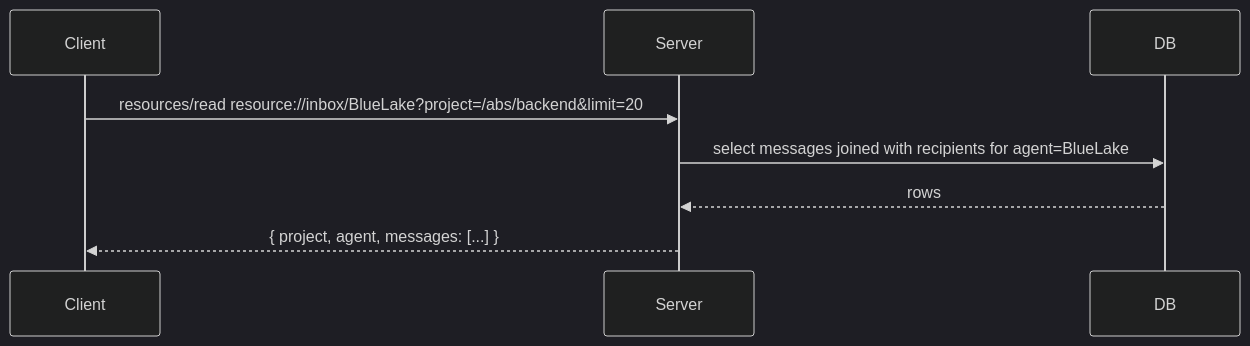
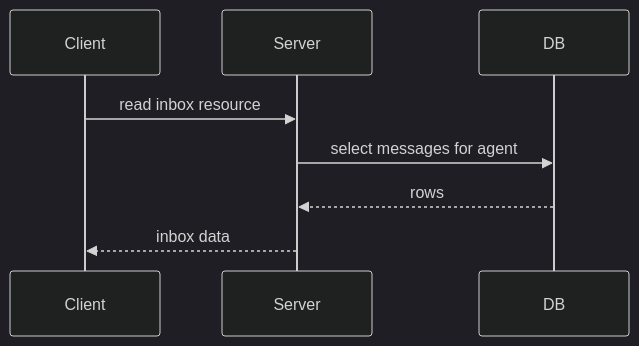
Before and after one commit to Dicklesworthstone/mcp_agent_mail: the fourth of 4 diagrams in README.md, drawn with Mermaid (dark theme). The commit also changed other lines of this file, not shown here.

First line of the commit message:
docs(readme): simplify Mermaid sequence diagram labels for clarity

````diff
--- a/README.md
+++ b/README.md
@@ -505,11 +505,11 @@
 ```mermaid
 sequenceDiagram
   participant Client
   participant Server
   participant DB
 
-  Client->>Server: resources/read resource://inbox/BlueLake?project=/abs/backend&limit=20
-  Server->>DB: select messages joined with recipients for agent=BlueLake
+  Client->>Server: read inbox resource
+  Server->>DB: select messages for agent
   DB-->>Server: rows
-  Server-->>Client: { project, agent, messages: [...] }
+  Server-->>Client: inbox data
 ```
````
